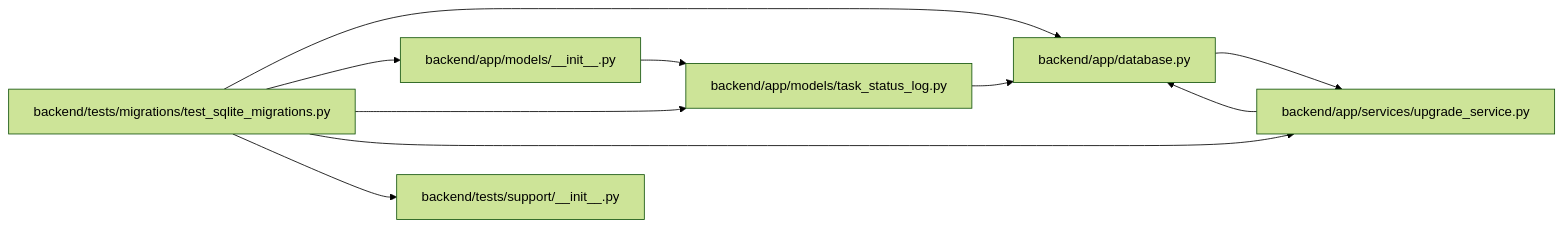
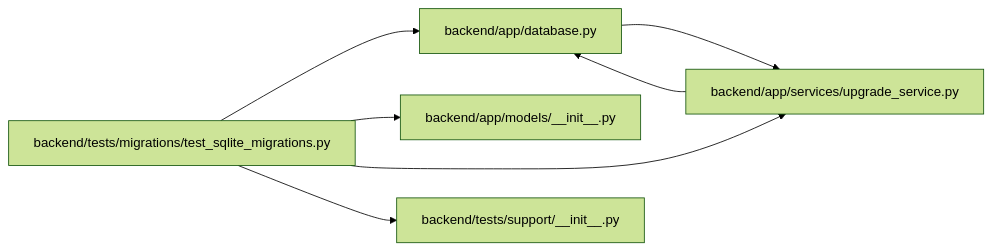
One commit to Denissvgn/WorkChord changed the diagram in docs/llm_wiki/modules/test_sqlite_migrations.md. Above: the diagram before and after it, drawn with Mermaid (forest theme). The commit also changed other lines of this file and 778 other files, not shown here.

````diff
--- a/docs/llm_wiki/modules/test_sqlite_migrations.md
+++ b/docs/llm_wiki/modules/test_sqlite_migrations.md
@@ -30,24 +26,19 @@
 ```mermaid
 flowchart LR
     n0["backend/app/database.py"]
     n1["backend/app/models/__init__.py"]
-    n2["backend/app/models/task_status_log.py"]
-    n3["backend/app/services/upgrade_service.py"]
-    n4["backend/tests/migrations/test_sqlite_migrations.py"]
-    n5["backend/tests/support/__init__.py"]
-    n0 --> n3
-    n1 --> n2
+    n2["backend/app/services/upgrade_service.py"]
+    n3["backend/tests/migrations/test_sqlite_migrations.py"]
+    n4["backend/tests/support/__init__.py"]
+    n0 --> n2
     n2 --> n0
     n3 --> n0
-    n4 --> n0
-    n4 --> n1
-    n4 --> n2
-    n4 --> n3
-    n4 --> n5
+    n3 --> n1
+    n3 --> n2
+    n3 --> n4
     click n0 "../modules/app_database.md"
     click n1 "../modules/models___init__.md"
-    click n2 "../modules/task_status_log.md"
-    click n3 "../modules/upgrade_service.md"
-    click n4 "../modules/test_sqlite_migrations.md"
-    click n5 "../modules/support___init__.md"
+    click n2 "../modules/upgrade_service.md"
+    click n3 "../modules/test_sqlite_migrations.md"
+    click n4 "../modules/support___init__.md"
 ```
````
